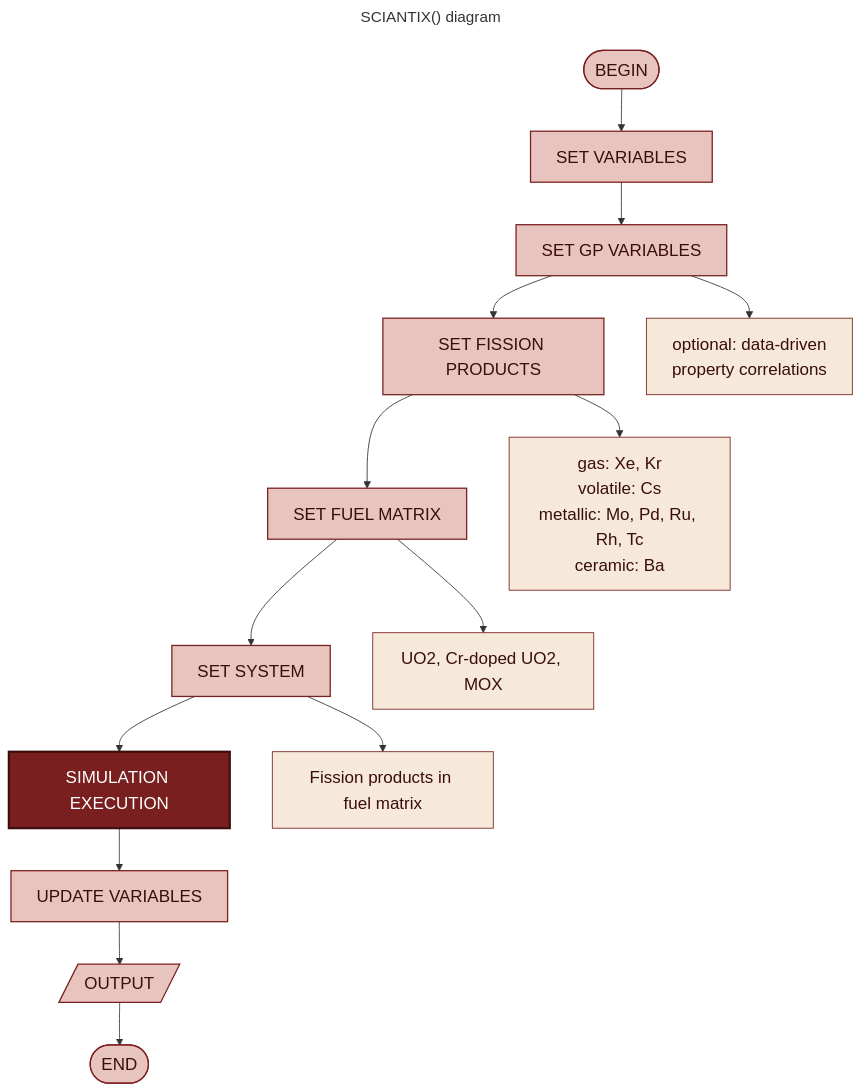
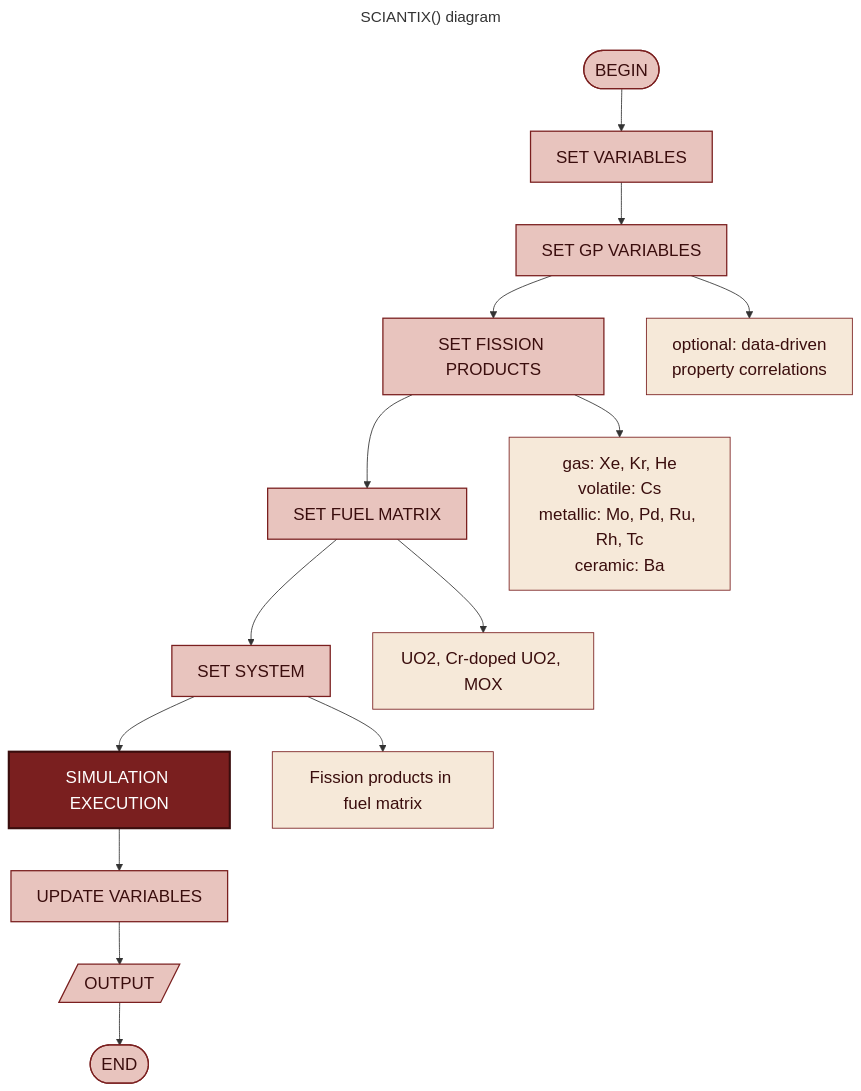
One commit to sciantix/sciantix-official changed the diagram in utilities/workflow/SCIANTIXcall.mmd. Above: the diagram before and after it, drawn with Mermaid.

Commit message:
he in mmd

```diff
--- a/utilities/workflow/SCIANTIXcall.mmd
+++ b/utilities/workflow/SCIANTIXcall.mmd
@@ -1,36 +1,36 @@
 ---
 title: SCIANTIX() diagram
 ---
 %%{init: {"themeVariables": {"fontSize": "20px"}} }%%
 flowchart TB
     C_BEGIN(["BEGIN"])
     setVariables["SET VARIABLES"]
     setGPVariables["SET GP VARIABLES"]
     setFissionProducts["SET FISSION PRODUCTS"]
     setMatrix["SET FUEL MATRIX"]
     setSystem["SET SYSTEM"]
     execute["SIMULATION EXECUTION"]
     update["UPDATE VARIABLES"]
     output[/"OUTPUT"/]
     C_END(["END"])
 
     C_BEGIN --> setVariables --> setGPVariables --> setFissionProducts --> setMatrix --> setSystem --> execute --> update --> output --> C_END
 
     setGPVariables_note["optional: data-driven<br/>property correlations"]
     setGPVariables --> setGPVariables_note
-    setFissionProducts_note["gas: Xe, Kr<br/>volatile: Cs<br/>metallic: Mo, Pd, Ru, Rh, Tc<br/>ceramic: Ba"]
+    setFissionProducts_note["gas: Xe, Kr, He<br/>volatile: Cs<br/>metallic: Mo, Pd, Ru, Rh, Tc<br/>ceramic: Ba"]
     setFissionProducts --> setFissionProducts_note
     setMatrix_note["UO2, Cr-doped UO2, MOX"]
     setMatrix --> setMatrix_note
     setSystem_note["Fission products in fuel matrix"]
     setSystem --> setSystem_note
 
     classDef terminal fill:#E8C4BE,stroke:#7A1F1F,stroke-width:1.5px,color:#3a0d0d;
     classDef process fill:#E8C4BE,stroke:#7A1F1F,stroke-width:1.5px,color:#3a0d0d;
     classDef note fill:#F6E9D9,stroke:#7A1F1F,stroke-width:1px,color:#3a0d0d;
     classDef highlight fill:#7A1F1F,stroke:#3a0d0d,stroke-width:2.5px,color:#ffffff;
 
     class C_BEGIN,C_END terminal;
     class setVariables,setGPVariables,setFissionProducts,setMatrix,setSystem,update,output process;
     class execute highlight;
     class setFissionProducts_note,setMatrix_note,setSystem_note,setGPVariables_note note;
```
